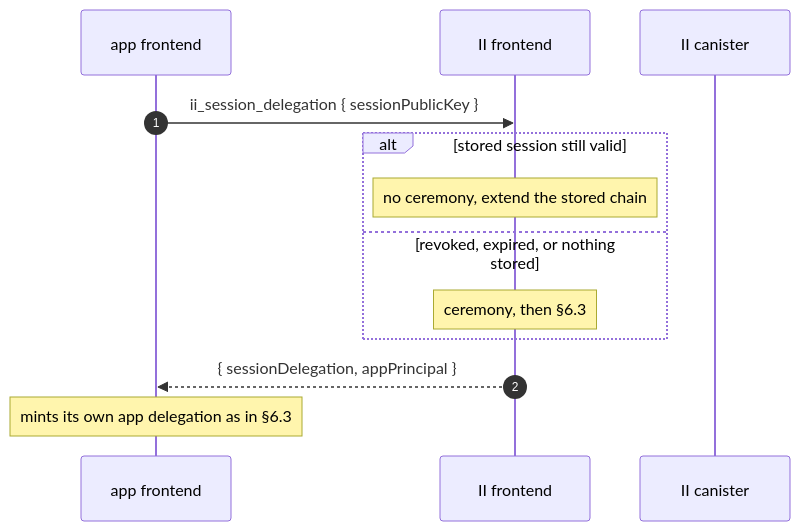
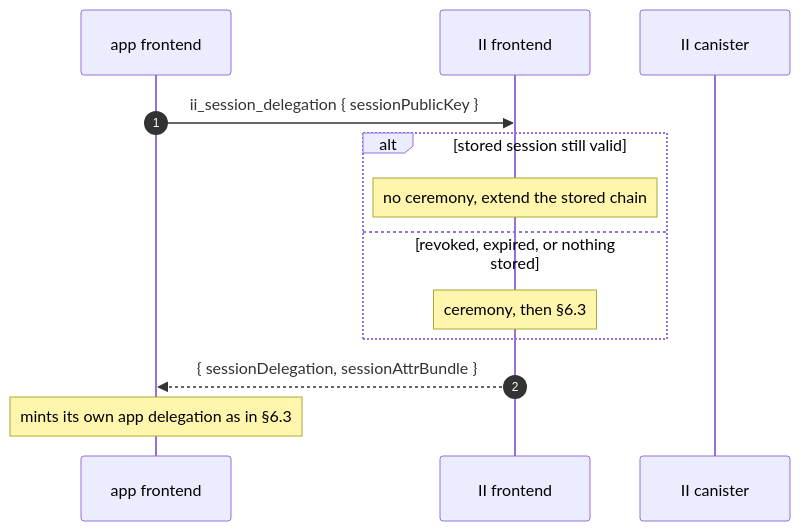
One commit to dfinity/internet-identity changed the fourth of 7 diagrams in docs/ongoing/revocable-app-sessions.md. Above: the diagram before and after it, drawn with Mermaid. The commit also changed other lines of this file, not shown here.

````diff
--- a/docs/ongoing/revocable-app-sessions.md
+++ b/docs/ongoing/revocable-app-sessions.md
@@ -296,15 +300,15 @@
 ```mermaid
 sequenceDiagram
     autonumber
     participant App as app frontend
     participant IIF as II frontend
     participant IIC as II canister
     App->>IIF: ii_session_delegation { sessionPublicKey }
     alt stored session still valid
         Note over IIF: no ceremony, extend the stored chain
     else revoked, expired, or nothing stored
         Note over IIF: ceremony, then §6.3
     end
-    IIF-->>App: { sessionDelegation, appPrincipal }
+    IIF-->>App: { sessionDelegation, sessionAttrBundle }
     Note over App: mints its own app delegation as in §6.3
 ```
````
